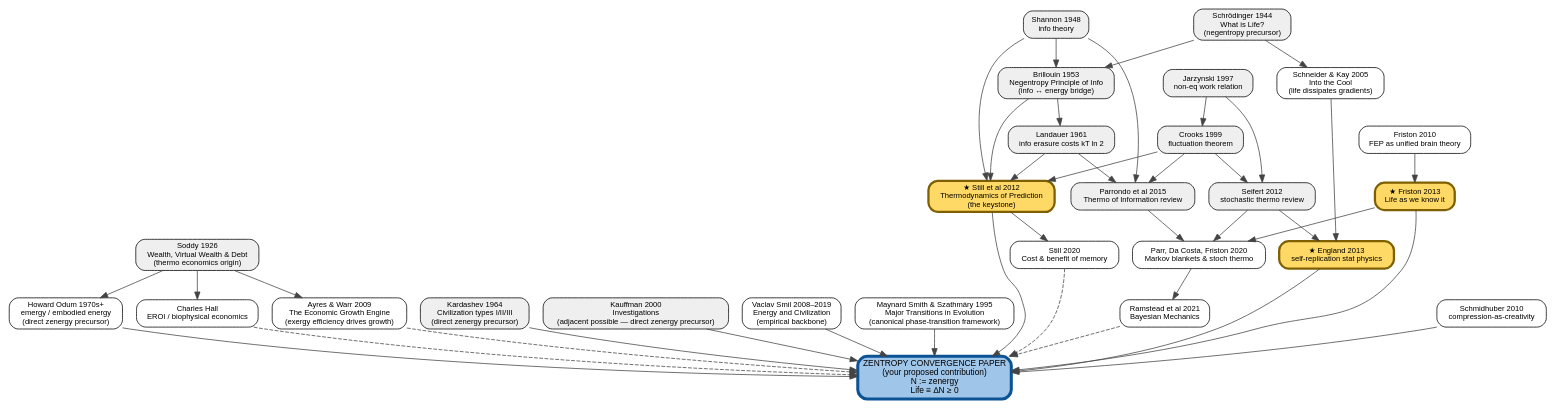
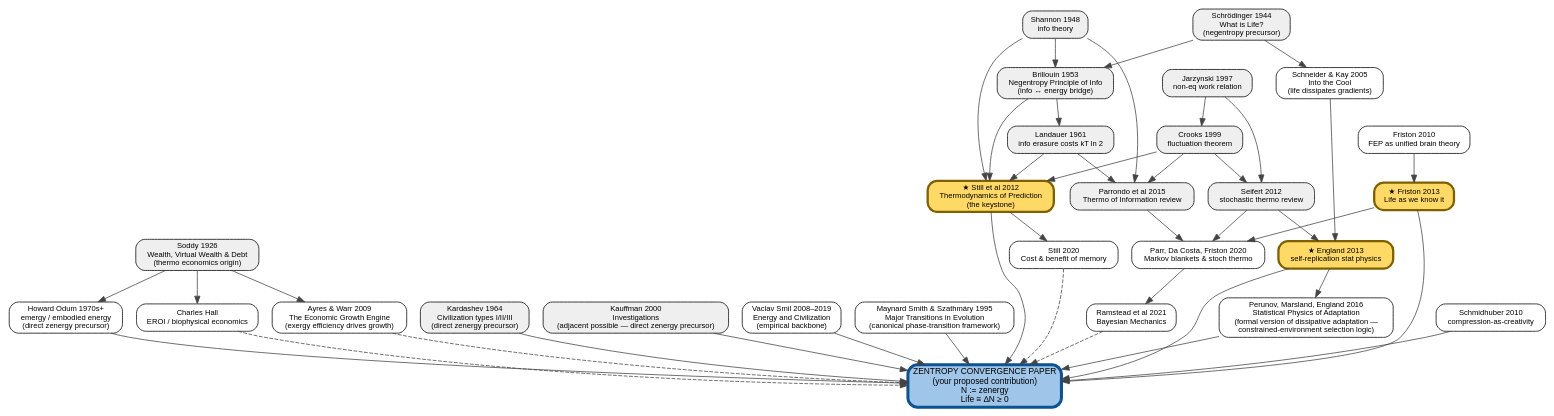
Before and after one commit to avantgardnerio/zentropy: the diagram in landscape.dot, drawn with Graphviz. The commit also changed 4 other files, not shown here.

```diff
--- a/landscape.dot
+++ b/landscape.dot
@@ -1,97 +1,100 @@
 // Zentropy research landscape — graphviz source
 // Source of truth; landscape.png and landscape.svg are derived outputs.
 // Render: dot -Tpng landscape.dot -o landscape.png && dot -Tsvg landscape.dot -o landscape.svg
 
 digraph zentropy_landscape {
     rankdir=TB;
     bgcolor="white";
     node [shape=box, style="rounded,filled", fontname="Helvetica", fontsize=10, fillcolor="white"];
     edge [fontname="Helvetica", fontsize=9, color="#444444"];
 
     // ── Deep foundations (grey) ──────────────────────────────────────
     Soddy26       [label="Soddy 1926\nWealth, Virtual Wealth & Debt\n(thermo economics origin)", fillcolor="#efefef"];
     Schrodinger44 [label="Schrödinger 1944\nWhat is Life?\n(negentropy precursor)", fillcolor="#efefef"];
     Shannon       [label="Shannon 1948\ninfo theory", fillcolor="#efefef"];
     Brillouin53   [label="Brillouin 1953\nNegentropy Principle of Info\n(info ↔ energy bridge)", fillcolor="#efefef"];
     Landauer      [label="Landauer 1961\ninfo erasure costs kT ln 2", fillcolor="#efefef"];
     Kardashev64   [label="Kardashev 1964\nCivilization types I/II/III\n(direct zenergy precursor)", fillcolor="#efefef"];
     Jarzynski     [label="Jarzynski 1997\nnon-eq work relation", fillcolor="#efefef"];
     Crooks        [label="Crooks 1999\nfluctuation theorem", fillcolor="#efefef"];
     Kauffman00    [label="Kauffman 2000\nInvestigations\n(adjacent possible — direct zenergy precursor)", fillcolor="#efefef"];
     Seifert       [label="Seifert 2012\nstochastic thermo review", fillcolor="#efefef"];
     Parrondo      [label="Parrondo et al 2015\nThermo of Information review", fillcolor="#efefef"];
 
     // ── Exergy / ecological energetics lineage (white) ───────────────
     Odum       [label="Howard Odum 1970s+\nemergy / embodied energy\n(direct zenergy precursor)"];
     Hall       [label="Charles Hall\nEROI / biophysical economics"];
     AyresWarr09 [label="Ayres & Warr 2009\nThe Economic Growth Engine\n(exergy efficiency drives growth)"];
     SchnKay05  [label="Schneider & Kay 2005\nInto the Cool\n(life dissipates gradients)"];
     Smil       [label="Vaclav Smil 2008–2019\nEnergy and Civilization\n(empirical backbone)"];
     MSS95      [label="Maynard Smith &amp; Szathmáry 1995\nMajor Transitions in Evolution\n(canonical phase-transition framework)"];
 
     // ── Round 1 reading (yellow) ─────────────────────────────────────
     Still12    [label="★ Still et al 2012\nThermodynamics of Prediction\n(the keystone)",
                 fillcolor="#ffd966", color="#7f6000", penwidth=3];
     England13  [label="★ England 2013\nself-replication stat physics",
                 fillcolor="#ffd966", color="#7f6000", penwidth=3];
     Friston13  [label="★ Friston 2013\nLife as we know it",
                 fillcolor="#ffd966", color="#7f6000", penwidth=3];
 
     // ── Adjacent / synthesis attempts (white) ────────────────────────
     Friston10  [label="Friston 2010\nFEP as unified brain theory"];
     Schmidhuber [label="Schmidhuber 2010\ncompression-as-creativity"];
+    PerunovEng2016 [label="Perunov, Marsland, England 2016\nStatistical Physics of Adaptation\n(formal version of dissipative adaptation —\nconstrained-environment selection logic)"];
     ParrDaC    [label="Parr, Da Costa, Friston 2020\nMarkov blankets & stoch thermo"];
     Still20    [label="Still 2020\nCost & benefit of memory"];
     Ramstead   [label="Ramstead et al 2021\nBayesian Mechanics"];
 
     // ── Target (blue) ────────────────────────────────────────────────
     Zentropy   [label="ZENTROPY CONVERGENCE PAPER\n(your proposed contribution)\nN := zenergy\nLife ≡ ∆N ≥ 0",
                 shape=box, style="rounded,filled", fillcolor="#9fc5e8", color="#0b5394",
                 penwidth=4, fontsize=11];
 
     // ── Edges: foundations into the keystones ────────────────────────
     Schrodinger44 -> Brillouin53;
     Schrodinger44 -> SchnKay05;
     Soddy26       -> Hall;
     Soddy26       -> Odum;
     Soddy26       -> AyresWarr09;
     Shannon       -> Brillouin53;
     Shannon       -> Still12;
     Shannon       -> Parrondo;
     Brillouin53   -> Landauer;
     Brillouin53   -> Still12;
     Landauer      -> Parrondo;
     Landauer      -> Still12;
     Jarzynski     -> Crooks;
     Jarzynski     -> Seifert;
     Crooks        -> Seifert;
     Crooks        -> Still12;
     Crooks        -> Parrondo;
     Seifert       -> England13;
     Seifert       -> ParrDaC;
     Parrondo      -> ParrDaC;
     SchnKay05     -> England13;
 
     // ── Edges: keystones to Zentropy ─────────────────────────────────
     Still12   -> Still20;
     Still12   -> Zentropy;
+    England13 -> PerunovEng2016;
     England13 -> Zentropy;
+    PerunovEng2016 -> Zentropy;
     Friston10 -> Friston13;
     Friston13 -> ParrDaC;
     Friston13 -> Zentropy;
     ParrDaC   -> Ramstead;
     Schmidhuber -> Zentropy;
 
     // ── Edges: direct zenergy precursors to Zentropy ─────────────────
     Kardashev64 -> Zentropy;
     Kauffman00  -> Zentropy;
     Odum        -> Zentropy;
 
     // ── Edges: exergy / energetics lineage informs Zentropy (dashed) ─
     Hall        -> Zentropy [style=dashed];
     AyresWarr09 -> Zentropy [style=dashed];
     Smil        -> Zentropy;
     MSS95       -> Zentropy;
     Ramstead    -> Zentropy [style=dashed];
     Still20     -> Zentropy [style=dashed];
 }
```
